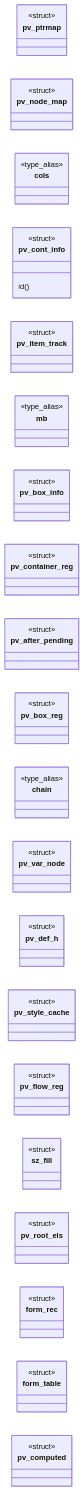
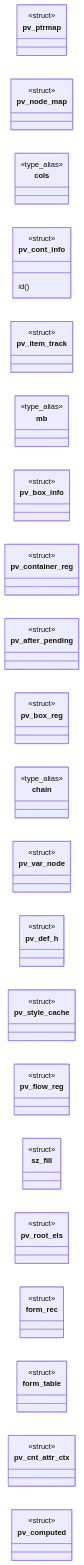
One commit to grisuno/FreeDom changed the first of 2 diagrams in readmenator-apidocs/modules/src.page_view.c.md. Above: the diagram before and after it, drawn with Mermaid. The commit also changed other lines of this file and 263 other files, not shown here.

````diff
--- a/readmenator-apidocs/modules/src.page_view.c.md
+++ b/readmenator-apidocs/modules/src.page_view.c.md
@@ -14,47 +14,49 @@
 ```mermaid
 classDiagram
     direction LR
     class pv_ptrmap
     <<struct>> pv_ptrmap
     class pv_node_map
     <<struct>> pv_node_map
     class cols
     <<type_alias>> cols
     class pv_cont_info
     <<struct>> pv_cont_info
     pv_cont_info : id()
     class pv_item_track
     <<struct>> pv_item_track
     class mb
     <<type_alias>> mb
     class pv_box_info
     <<struct>> pv_box_info
     class pv_container_reg
     <<struct>> pv_container_reg
     class pv_after_pending
     <<struct>> pv_after_pending
     class pv_box_reg
     <<struct>> pv_box_reg
     class chain
     <<type_alias>> chain
     class pv_var_node
     <<struct>> pv_var_node
     class pv_def_h
     <<struct>> pv_def_h
     class pv_style_cache
     <<struct>> pv_style_cache
     class pv_flow_reg
     <<struct>> pv_flow_reg
     class sz_fill
     <<struct>> sz_fill
     class pv_root_els
     <<struct>> pv_root_els
     class form_rec
     <<struct>> form_rec
     class form_table
     <<struct>> form_table
     class pv_flow_reg
     <<struct>> pv_flow_reg
+    class pv_cnt_attr_ctx
+    <<struct>> pv_cnt_attr_ctx
     class pv_computed
     <<struct>> pv_computed
 ```
````
